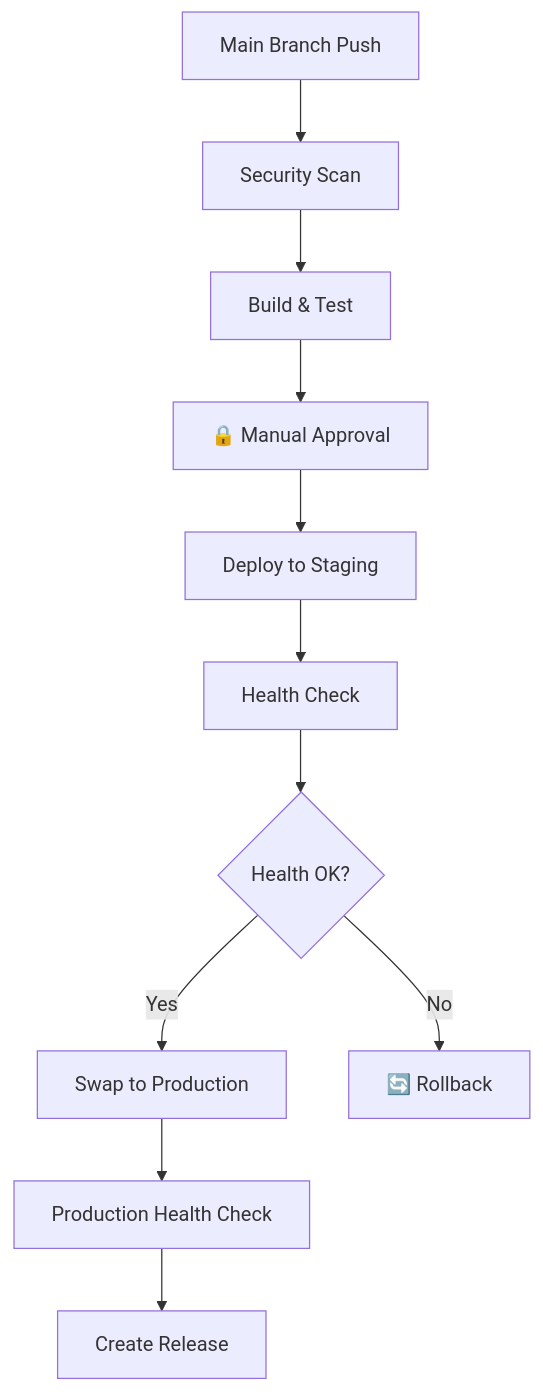
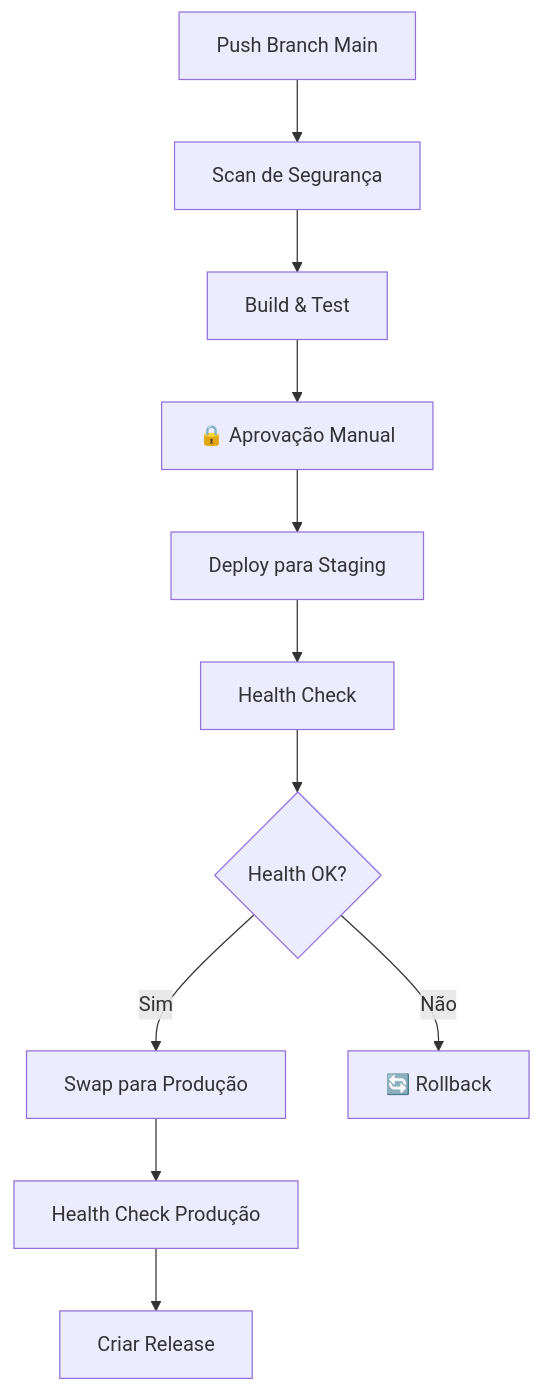
One commit to lcarli/CaseZero-Alternative changed the second of 2 diagrams in docs/cicd/README.md. Above: the diagram before and after it, drawn with Mermaid. The commit also changed other lines of this file and 1 other file, not shown here.

````diff
--- a/docs/cicd/README.md
+++ b/docs/cicd/README.md
@@ -61,13 +61,13 @@
 ```mermaid
 graph TD
-    A[Main Branch Push] --> B[Security Scan]
+    A[Push Branch Main] --> B[Scan de Segurança]
     B --> C[Build & Test]
-    C --> D[🔒 Manual Approval]
-    D --> E[Deploy to Staging]
+    C --> D[🔒 Aprovação Manual]
+    D --> E[Deploy para Staging]
     E --> F[Health Check]
     F --> G{Health OK?}
-    G -->|Yes| H[Swap to Production]
-    G -->|No| I[🔄 Rollback]
-    H --> J[Production Health Check]
-    J --> K[Create Release]
+    G -->|Sim| H[Swap para Produção]
+    G -->|Não| I[🔄 Rollback]
+    H --> J[Health Check Produção]
+    J --> K[Criar Release]
 ```
````
